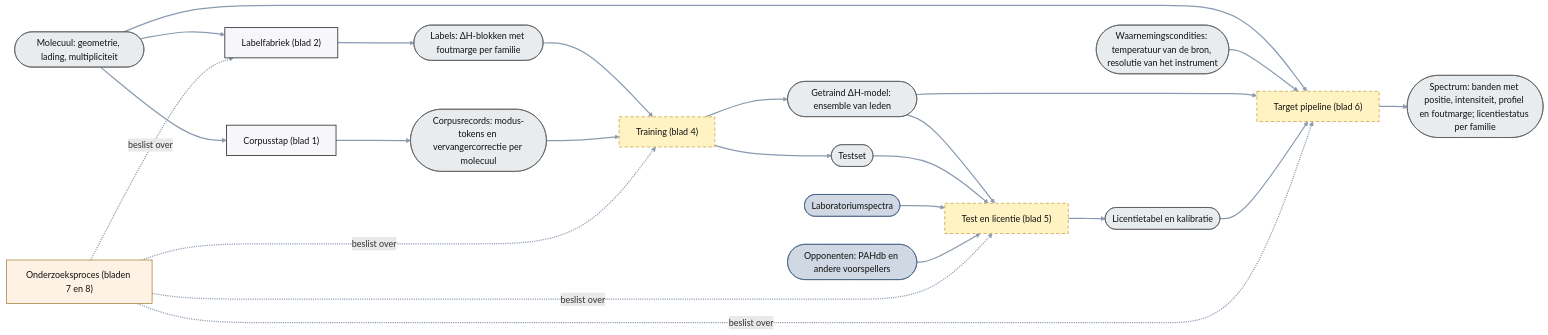
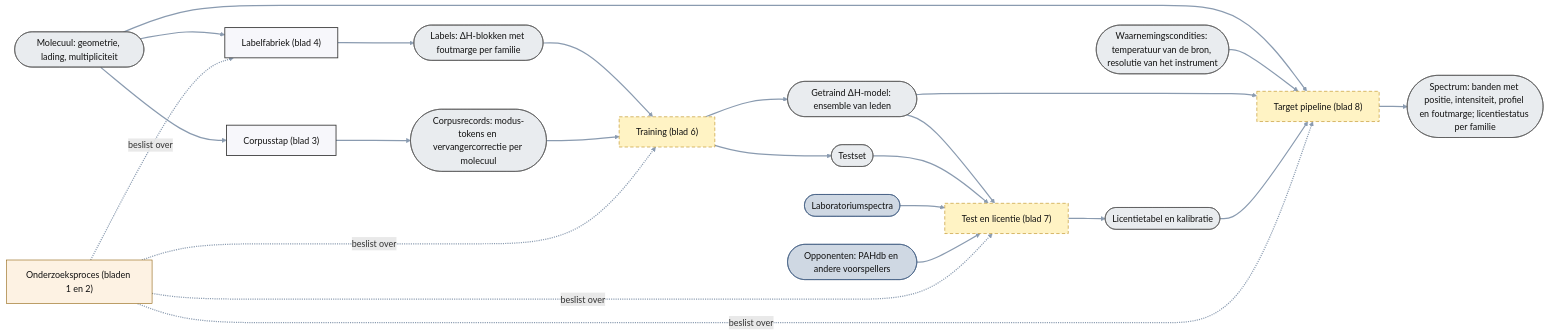
One commit to thebreadishard/udacity-capstone-plan changed the diagram in plans/05_delta-probed-ir-pipeline/GoalGathering/architecture/00_overzicht.mmd. Above: the diagram before and after it, drawn with Mermaid. The commit also changed 10 other files, not shown here.

```diff
--- a/plans/05_delta-probed-ir-pipeline/GoalGathering/architecture/00_overzicht.mmd
+++ b/plans/05_delta-probed-ir-pipeline/GoalGathering/architecture/00_overzicht.mmd
@@ -1,47 +1,47 @@
 %% Overzicht plan 05 (niveau 1): de soorten proces en de data-objecten die ze verbinden. Doelarchitectuur; geen besluiten, geen data.
 %% Rechthoek = proces (hier: een heel blad); ronde uiteinden = data-object; pijl = datastroom. Gestippeld = nog niet gebouwd.
 flowchart LR
   linkStyle default stroke:#8a9bb0,stroke-width:2.2px
   classDef planned stroke-dasharray: 6 4,stroke:#b8860b,fill:#fff3c4,color:#111
   classDef ext fill:#cfd8e3,stroke:#3d5a80,color:#111
   classDef data fill:#e9ecef,stroke:#555,color:#111
   classDef proc fill:#f7f7fb,stroke:#333,stroke-width:1.5px,color:#111
   classDef research fill:#fdf2e3,stroke:#8a5a00,color:#111
 
   MOL(["Molecuul: geometrie, lading, multipliciteit"]):::data
   COND(["Waarnemingscondities: temperatuur van de bron, resolutie van het instrument"]):::data
   LABDB(["Laboratoriumspectra"]):::ext
   PAHDB(["Opponenten: PAHdb en andere voorspellers"]):::ext
 
-  LABF["Labelfabriek (blad 2)"]:::proc
+  LABF["Labelfabriek (blad 4)"]:::proc
   LABELS(["Labels: ΔH-blokken met foutmarge per familie"]):::data
-  CORPF["Corpusstap (blad 1)"]:::proc
+  CORPF["Corpusstap (blad 3)"]:::proc
   CORPUS(["Corpusrecords: modus-tokens en vervangercorrectie per molecuul"]):::data
-  TRAIN["Training (blad 4)"]:::planned
+  TRAIN["Training (blad 6)"]:::planned
   TRAINED(["Getraind ΔH-model: ensemble van leden"]):::data
   TESTSET(["Testset"]):::data
-  EVAL["Test en licentie (blad 5)"]:::planned
+  EVAL["Test en licentie (blad 7)"]:::planned
   LICCAL(["Licentietabel en kalibratie"]):::data
-  PIPE["Target pipeline (blad 6)"]:::planned
+  PIPE["Target pipeline (blad 8)"]:::planned
   SPEC(["Spectrum: banden met positie, intensiteit, profiel en foutmarge; licentiestatus per familie"]):::data
-  RES["Onderzoeksproces (bladen 7 en 8)"]:::research
+  RES["Onderzoeksproces (bladen 1 en 2)"]:::research
 
   MOL --> LABF --> LABELS
   MOL --> CORPF --> CORPUS
   LABELS --> TRAIN
   CORPUS --> TRAIN
   TRAIN --> TRAINED
   TRAINED --> EVAL
   TRAIN --> TESTSET --> EVAL
   LABDB --> EVAL
   PAHDB --> EVAL
   EVAL --> LICCAL
   MOL --> PIPE
   COND --> PIPE
   TRAINED --> PIPE
   LICCAL --> PIPE
   PIPE --> SPEC
   RES -. beslist over .-> LABF
   RES -. beslist over .-> TRAIN
   RES -. beslist over .-> EVAL
   RES -. beslist over .-> PIPE
```
